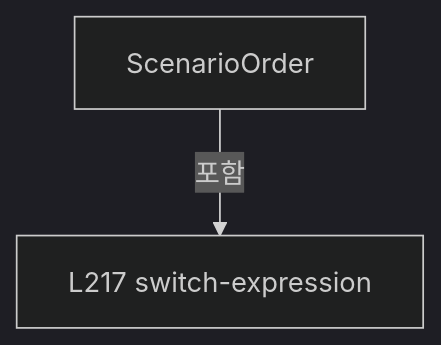
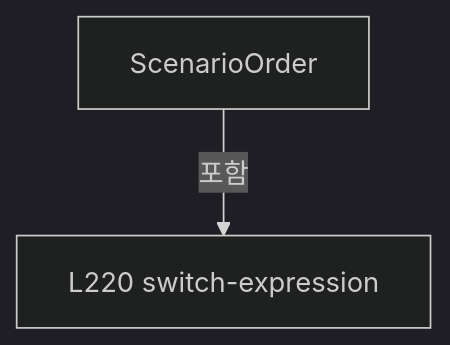
The sixth of 10 diagrams in A3 LD Code Ref/files/Drilling.UI/Popup/CMelsecStageSimulationDialog.xaml.cs.md (kjuws10-rgb/Shared), drawn with Mermaid (dark theme) before and after one commit. The commit also changed other lines of this file and 8055 other files, not shown here.

Commit message:
docs(a3): trace Stage Glass Data and refresh architecture and full code reference

````diff
--- a/A3 LD Code Ref/files/Drilling.UI/Popup/CMelsecStageSimulationDialog.xaml.cs.md
+++ b/A3 LD Code Ref/files/Drilling.UI/Popup/CMelsecStageSimulationDialog.xaml.cs.md
@@ -1283,6 +1302,6 @@
 ```mermaid
 flowchart TD
  M["ScenarioOrder"]
- N0["L217 switch-expression"]
+ N0["L220 switch-expression"]
  M -->|포함| N0
 ```
````
